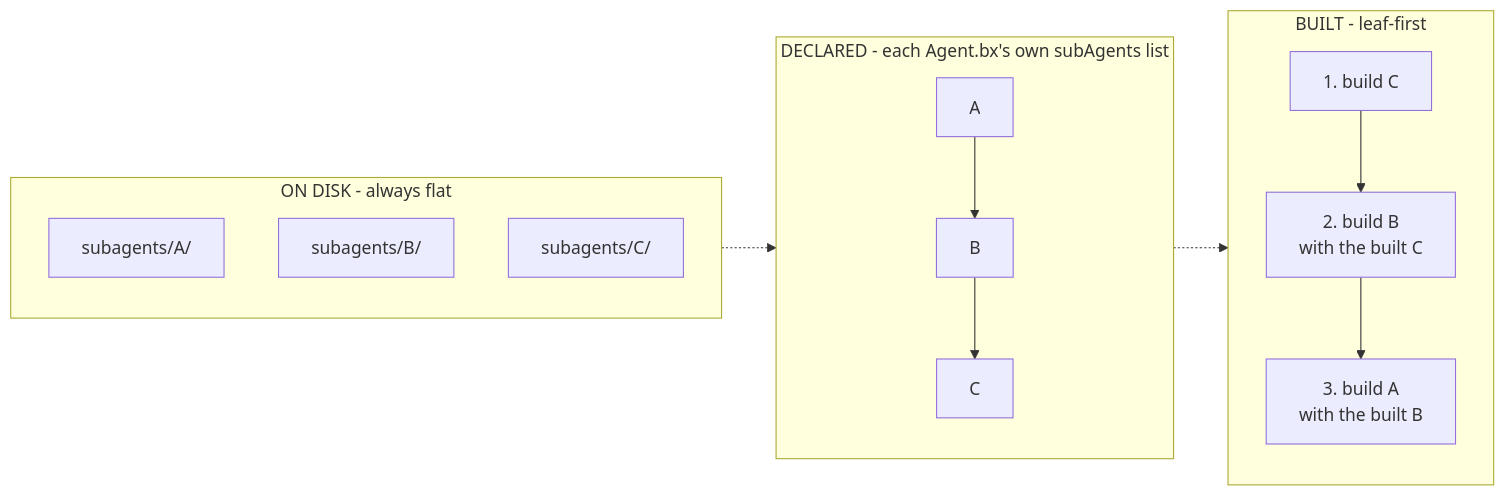
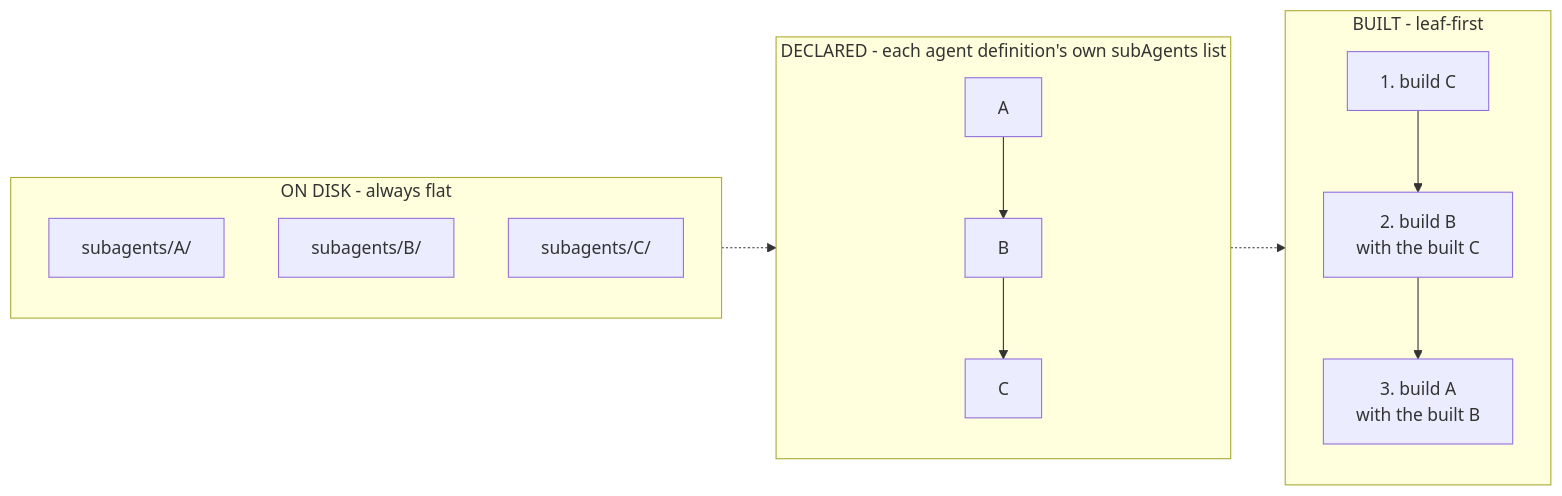
One commit to ortus-boxlang/bx-agents changed the diagram in docs/versions/1.0.x/course/11-composing-subagents.md. Above: the diagram before and after it, drawn with Mermaid. The commit also changed other lines of this file and 110 other files, not shown here.

````diff
--- a/docs/versions/1.0.x/course/11-composing-subagents.md
+++ b/docs/versions/1.0.x/course/11-composing-subagents.md
@@ -47,19 +43,19 @@
 ```mermaid
 flowchart LR
     subgraph disk["ON DISK - always flat"]
         direction TB
         R1["subagents/A/"]
         R2["subagents/B/"]
         R3["subagents/C/"]
     end
-    subgraph declared["DECLARED - each Agent.bx's own subAgents list"]
+    subgraph declared["DECLARED - each agent definition's own subAgents list"]
         direction TB
         GA["A"] --> GB["B"] --> GC["C"]
     end
     subgraph built["BUILT - leaf-first"]
         direction TB
         O1["1. build C"] --> O2["2. build B<br/>with the built C"] --> O3["3. build A<br/>with the built B"]
     end
     disk -.-> declared
     declared -.-> built
 ```
````
